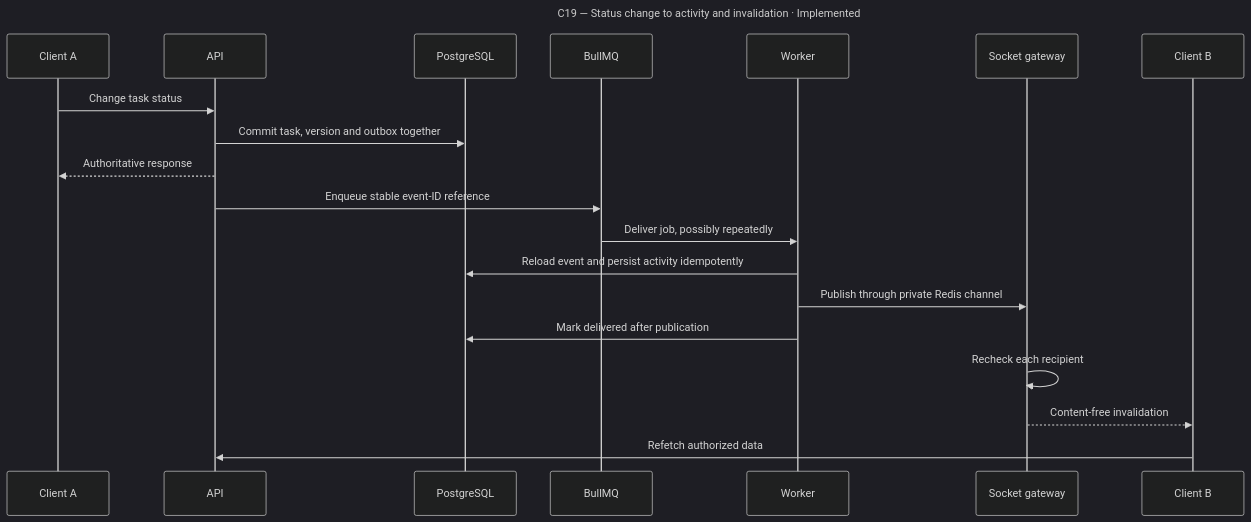
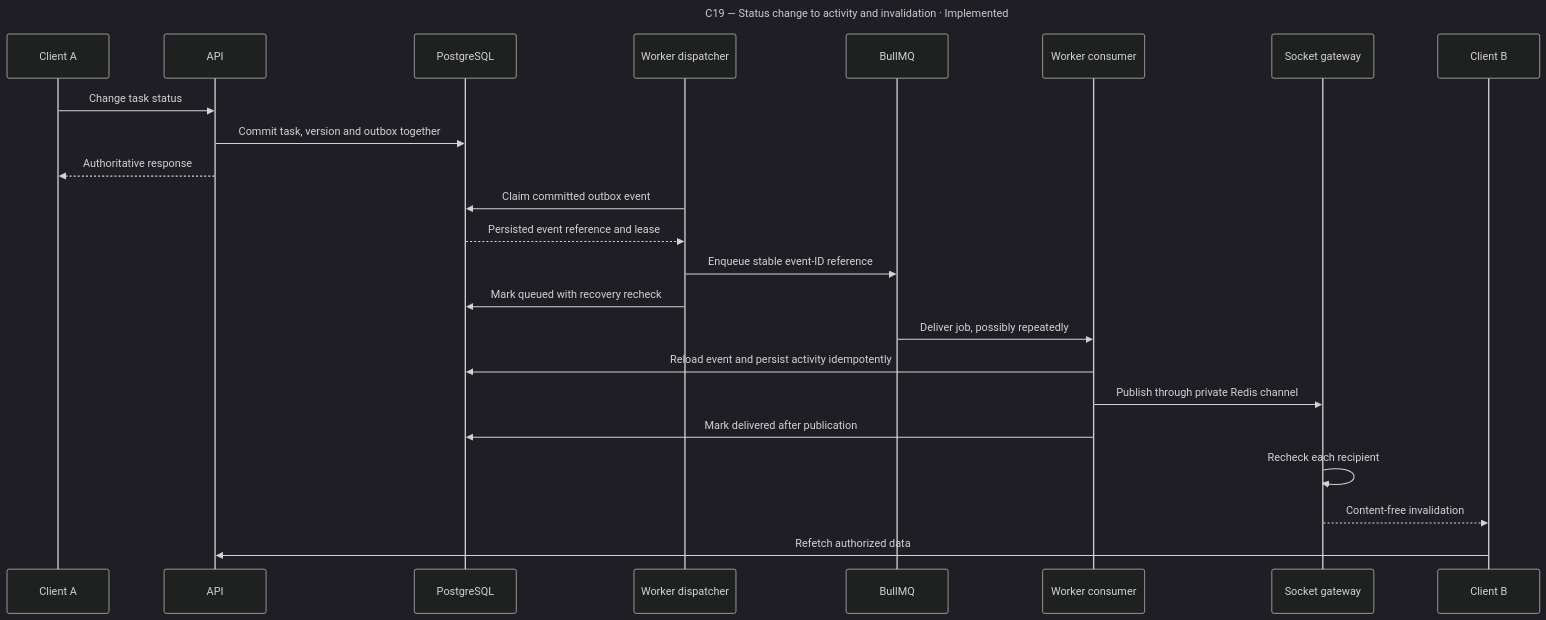
One commit to ashvir99260/flowboard changed the diagram in docs/diagrams/sources/c19-status-change-to-activity-and-invalidation.mmd. Above: the diagram before and after it, drawn with Mermaid (dark theme). The commit also changed 39 other files, not shown here.

Commit message:
fix(worker): own outbox dispatch in the daemon

```diff
--- a/docs/diagrams/sources/c19-status-change-to-activity-and-invalidation.mmd
+++ b/docs/diagrams/sources/c19-status-change-to-activity-and-invalidation.mmd
@@ -1,22 +1,26 @@
 ---
 title: "C19 — Status change to activity and invalidation · Implemented"
 ---
 sequenceDiagram
   participant U as Client A
   participant A as API
   participant D as PostgreSQL
+  participant P as Worker dispatcher
   participant Q as BullMQ
-  participant W as Worker
+  participant W as Worker consumer
   participant G as Socket gateway
   participant B as Client B
   U->>A: Change task status
   A->>D: Commit task, version and outbox together
   A-->>U: Authoritative response
-  A->>Q: Enqueue stable event-ID reference
+  P->>D: Claim committed outbox event
+  D-->>P: Persisted event reference and lease
+  P->>Q: Enqueue stable event-ID reference
+  P->>D: Mark queued with recovery recheck
   Q->>W: Deliver job, possibly repeatedly
   W->>D: Reload event and persist activity idempotently
   W->>G: Publish through private Redis channel
   W->>D: Mark delivered after publication
   G->>G: Recheck each recipient
   G-->>B: Content-free invalidation
   B->>A: Refetch authorized data
```
